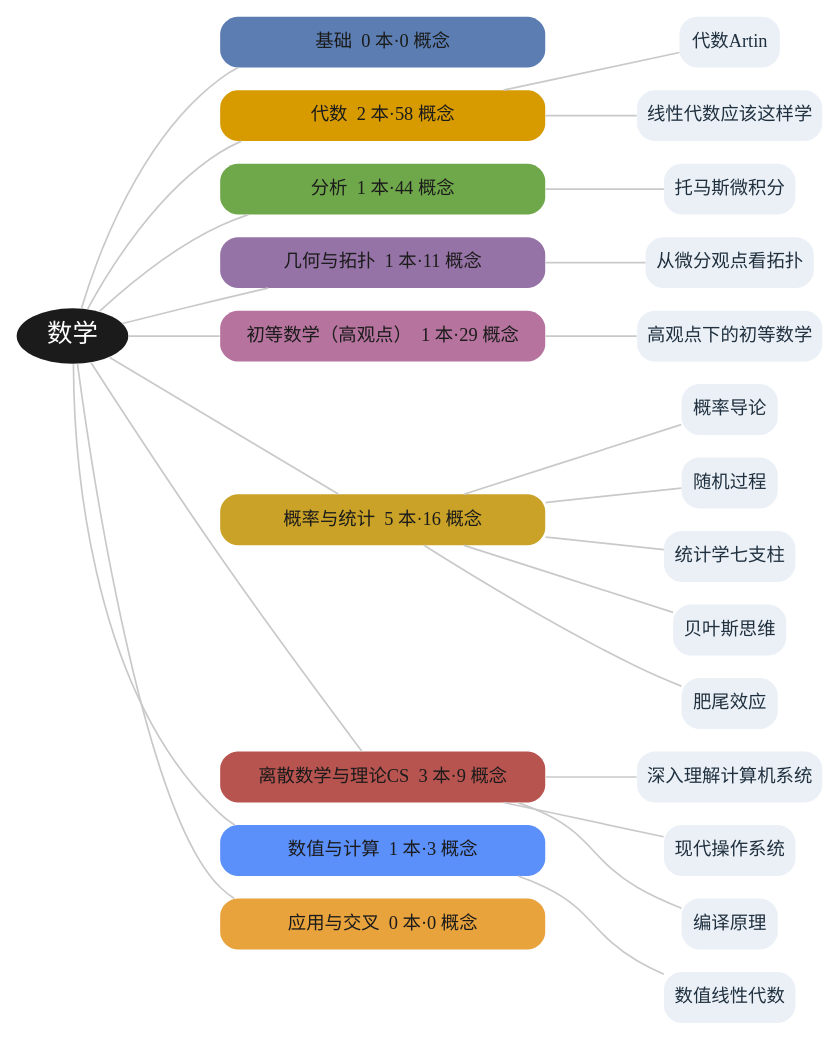
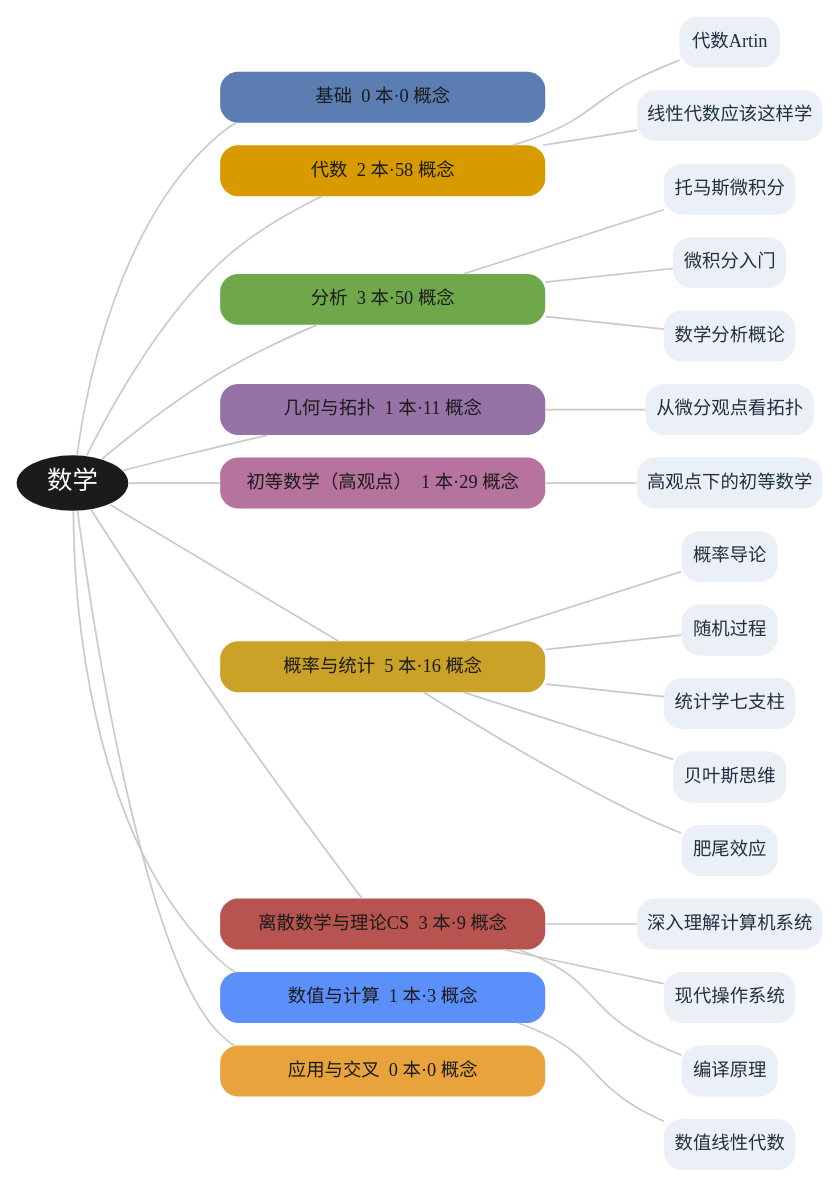
The diagram in book/figures/fig-branches.dot (lyp0746/lyp-notes), drawn with Graphviz before and after one commit. The commit also changed 30 other files, not shown here.

Commit message:
新增小平邦彦《微积分入门》与高木贞治《数学分析概论》：3 概念(一致收敛/隐函数定理/微分形式)+4 实体+2 导读+跨书桥接；重建插图(16 书/172 概念)与 PDF(87 页)

```diff
--- a/book/figures/fig-branches.dot
+++ b/book/figures/fig-branches.dot
@@ -1,52 +1,56 @@
 digraph G {
   graph [bgcolor="white", rankdir=LR, nodesep=0.22, ranksep=0.9];
   node [shape=box, style="rounded,filled", penwidth=0, fontname="Microsoft YaHei", fontsize=13];
   edge [color="#C9C9C9", arrowhead=none, penwidth=1.2];
   MATH [label="数学", shape=ellipse, fillcolor="#1B1B1B", fontcolor="white", fontsize=18, width=1.1];
   b_base [label="基础  0 本·0 概念", fillcolor="#5B7DB1", fontcolor="#1B1B1B", width=3.2];
   MATH -> b_base;
   b_alg [label="代数  2 本·58 概念", fillcolor="#D79B00", fontcolor="#1B1B1B", width=3.2];
   MATH -> b_alg;
-  b_ana [label="分析  1 本·44 概念", fillcolor="#6FA84A", fontcolor="#1B1B1B", width=3.2];
+  b_ana [label="分析  3 本·50 概念", fillcolor="#6FA84A", fontcolor="#1B1B1B", width=3.2];
   MATH -> b_ana;
   b_geo [label="几何与拓扑  1 本·11 概念", fillcolor="#9673A6", fontcolor="#1B1B1B", width=3.2];
   MATH -> b_geo;
   b_elem [label="初等数学（高观点）  1 本·29 概念", fillcolor="#B5739D", fontcolor="#1B1B1B", width=3.2];
   MATH -> b_elem;
   b_prob [label="概率与统计  5 本·16 概念", fillcolor="#C9A227", fontcolor="#1B1B1B", width=3.2];
   MATH -> b_prob;
   b_disc [label="离散数学与理论CS  3 本·9 概念", fillcolor="#B85450", fontcolor="#1B1B1B", width=3.2];
   MATH -> b_disc;
   b_num [label="数值与计算  1 本·3 概念", fillcolor="#5B8FF9", fontcolor="#1B1B1B", width=3.2];
   MATH -> b_num;
   b_app [label="应用与交叉  0 本·0 概念", fillcolor="#E8A33D", fontcolor="#1B1B1B", width=3.2];
   MATH -> b_app;
   bk_AT [label="代数Artin", fillcolor="#EAF0F6", fontcolor="#20303F"];
   b_alg -> bk_AT;
   bk_LA [label="线性代数应该这样学", fillcolor="#EAF0F6", fontcolor="#20303F"];
   b_alg -> bk_LA;
   bk_CA [label="托马斯微积分", fillcolor="#EAF0F6", fontcolor="#20303F"];
   b_ana -> bk_CA;
+  bk_CM [label="微积分入门", fillcolor="#EAF0F6", fontcolor="#20303F"];
+  b_ana -> bk_CM;
+  bk_MA [label="数学分析概论", fillcolor="#EAF0F6", fontcolor="#20303F"];
+  b_ana -> bk_MA;
   bk_DT [label="从微分观点看拓扑", fillcolor="#EAF0F6", fontcolor="#20303F"];
   b_geo -> bk_DT;
   bk_KG [label="高观点下的初等数学", fillcolor="#EAF0F6", fontcolor="#20303F"];
   b_elem -> bk_KG;
   bk_PD [label="概率导论", fillcolor="#EAF0F6", fontcolor="#20303F"];
   b_prob -> bk_PD;
   bk_SP [label="随机过程", fillcolor="#EAF0F6", fontcolor="#20303F"];
   b_prob -> bk_SP;
   bk_SS [label="统计学七支柱", fillcolor="#EAF0F6", fontcolor="#20303F"];
   b_prob -> bk_SS;
   bk_BT [label="贝叶斯思维", fillcolor="#EAF0F6", fontcolor="#20303F"];
   b_prob -> bk_BT;
   bk_FT [label="肥尾效应", fillcolor="#EAF0F6", fontcolor="#20303F"];
   b_prob -> bk_FT;
   bk_CSAPP [label="深入理解计算机系统", fillcolor="#EAF0F6", fontcolor="#20303F"];
   b_disc -> bk_CSAPP;
   bk_MOS [label="现代操作系统", fillcolor="#EAF0F6", fontcolor="#20303F"];
   b_disc -> bk_MOS;
   bk_CP [label="编译原理", fillcolor="#EAF0F6", fontcolor="#20303F"];
   b_disc -> bk_CP;
   bk_NLA [label="数值线性代数", fillcolor="#EAF0F6", fontcolor="#20303F"];
   b_num -> bk_NLA;
 }
```
